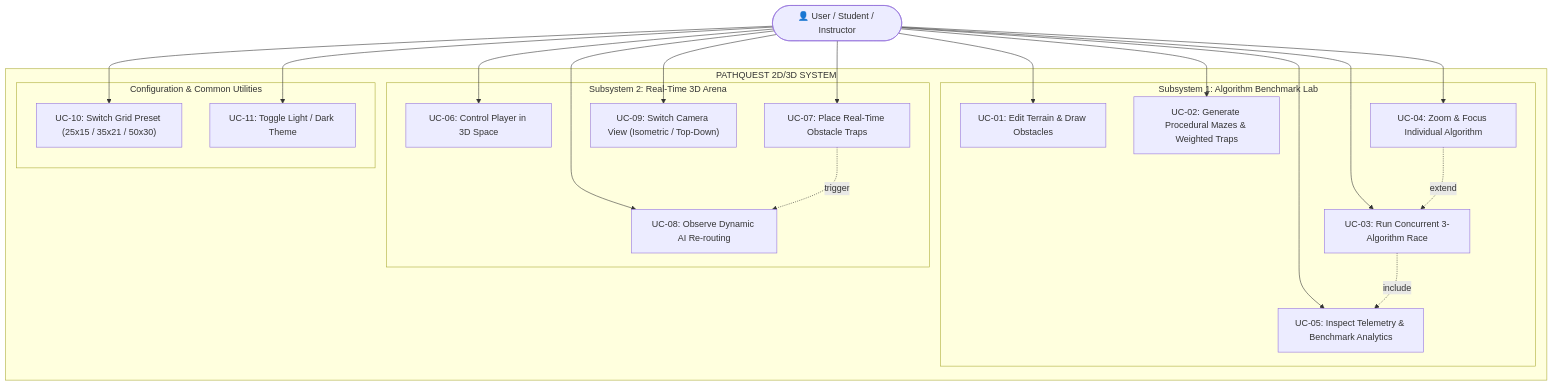
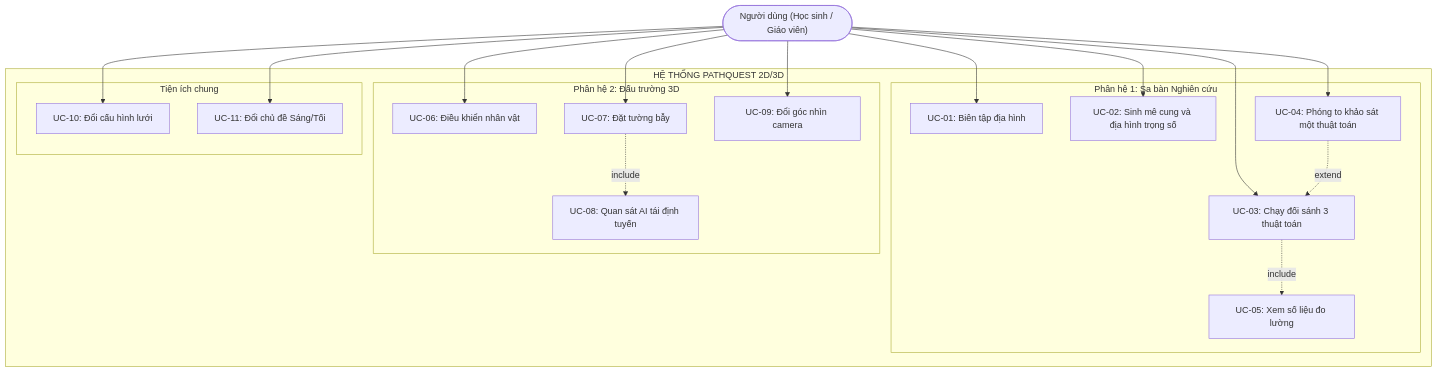
The first of 7 diagrams in docs/PathQuest_Technical_Analysis.md (minhduc01168/pathfinding-visualizer-3d), drawn with Mermaid before and after one commit. The commit also changed other lines of this file, not shown here.

````diff
--- a/docs/PathQuest_Technical_Analysis.md
+++ b/docs/PathQuest_Technical_Analysis.md
@@ -217,42 +179,40 @@
 ```mermaid
 flowchart TD
-    User(["👤 User / Student / Instructor"])
+    User(["Người dùng (Học sinh / Giáo viên)"])
 
-    subgraph System["PATHQUEST 2D/3D SYSTEM"]
-        subgraph Lab_Module["Subsystem 1: Algorithm Benchmark Lab"]
-            UC1["UC-01: Edit Terrain & Draw Obstacles"]
-            UC2["UC-02: Generate Procedural Mazes & Weighted Traps"]
-            UC3["UC-03: Run Concurrent 3-Algorithm Race"]
-            UC4["UC-04: Zoom & Focus Individual Algorithm"]
-            UC5["UC-05: Inspect Telemetry & Benchmark Analytics"]
+    subgraph System["HỆ THỐNG PATHQUEST 2D/3D"]
+        subgraph Lab_Module["Phân hệ 1: Sa bàn Nghiên cứu"]
+            UC1["UC-01: Biên tập địa hình"]
+            UC2["UC-02: Sinh mê cung và địa hình trọng số"]
+            UC3["UC-03: Chạy đối sánh 3 thuật toán"]
+            UC4["UC-04: Phóng to khảo sát một thuật toán"]
+            UC5["UC-05: Xem số liệu đo lường"]
         end
 
-        subgraph Arcade_Module["Subsystem 2: Real-Time 3D Arena"]
-            UC6["UC-06: Control Player in 3D Space"]
-            UC7["UC-07: Place Real-Time Obstacle Traps"]
-            UC8["UC-08: Observe Dynamic AI Re-routing"]
-            UC9["UC-09: Switch Camera View (Isometric / Top-Down)"]
+        subgraph Arcade_Module["Phân hệ 2: Đấu trường 3D"]
+            UC6["UC-06: Điều khiển nhân vật"]
+            UC7["UC-07: Đặt tường bẫy"]
+            UC8["UC-08: Quan sát AI tái định tuyến"]
+            UC9["UC-09: Đổi góc nhìn camera"]
         end
 
-        subgraph Config_Module["Configuration & Common Utilities"]
-            UC10["UC-10: Switch Grid Preset (25x15 / 35x21 / 50x30)"]
-            UC11["UC-11: Toggle Light / Dark Theme"]
+        subgraph Config_Module["Tiện ích chung"]
+            UC10["UC-10: Đổi cấu hình lưới"]
+            UC11["UC-11: Đổi chủ đề Sáng/Tối"]
         end
     end
 
     User --> UC1
     User --> UC2
     User --> UC3
     User --> UC4
-    User --> UC5
     User --> UC6
     User --> UC7
-    User --> UC8
     User --> UC9
     User --> UC10
     User --> UC11
 
     UC3 -.->|include| UC5
     UC4 -.->|extend| UC3
-    UC7 -.->|trigger| UC8
+    UC7 -.->|include| UC8
 ```
````
